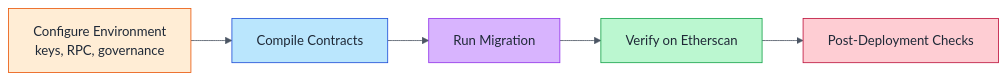
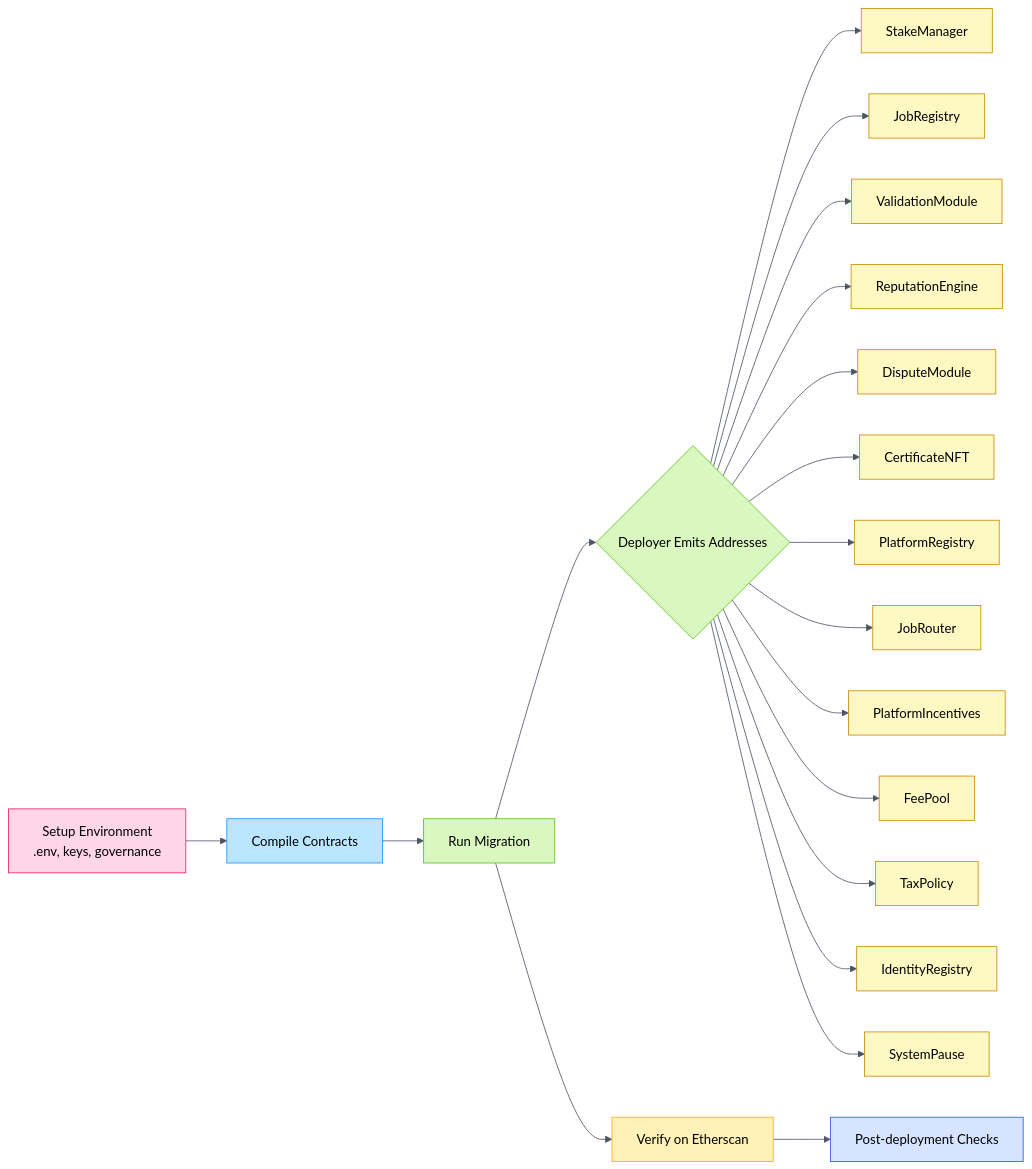
The diagram in docs/deploying-agijobs-v2-mainnet-cli-guide.md (MontrealAI/AGIJobsv0), drawn with Mermaid before and after one commit.

Commit message:
docs: add truffle mainnet deploy guide

````diff
--- a/docs/deploying-agijobs-v2-mainnet-cli-guide.md
+++ b/docs/deploying-agijobs-v2-mainnet-cli-guide.md
@@ -9,14 +9,29 @@
 ```mermaid
-%%{init: {'theme':'base', 'themeVariables': { 'primaryColor': '#ffedd5', 'secondaryColor': '#bae6fd', 'tertiaryColor': '#d8b4fe', 'fontSize': '16px', 'textColor': '#1f2937', 'lineColor': '#4b5563'}}}%%
-flowchart LR
-    A[Configure Environment\nkeys, RPC, governance]:::prep --> B[Compile Contracts]:::compile
+%%{init: {'theme':'base', 'themeVariables': { 'fontSize': '16px', 'lineColor': '#4b5563', 'textColor': '#111827'}}}%%
+graph LR
+    A[Setup Environment\n.env, keys, governance]:::prep --> B[Compile Contracts]:::compile
     B --> C[Run Migration]:::deploy
-    C --> D[Verify on Etherscan]:::verify
-    D --> E[Post-Deployment Checks]:::post
+    C --> D{Deployer Emits Addresses}:::deploy
+    D --> SM[StakeManager]:::module
+    D --> JR[JobRegistry]:::module
+    D --> VM[ValidationModule]:::module
+    D --> RE[ReputationEngine]:::module
+    D --> DM[DisputeModule]:::module
+    D --> CNFT[CertificateNFT]:::module
+    D --> PR[PlatformRegistry]:::module
+    D --> JRt[JobRouter]:::module
+    D --> PI[PlatformIncentives]:::module
+    D --> FP[FeePool]:::module
+    D --> TP[TaxPolicy]:::module
+    D --> IR[IdentityRegistry]:::module
+    D --> SP[SystemPause]:::module
+    C --> V[Verify on Etherscan]:::verify
+    V --> E[Post-deployment Checks]:::post
 
-    classDef prep fill:#ffedd5,stroke:#ea580c,color:#1f2937;
-    classDef compile fill:#bae6fd,stroke:#1d4ed8,color:#1f2937;
-    classDef deploy fill:#d8b4fe,stroke:#9333ea,color:#1f2937;
-    classDef verify fill:#bbf7d0,stroke:#16a34a,color:#1f2937;
-    classDef post fill:#fecdd3,stroke:#be123c,color:#1f2937;
+    classDef prep fill:#ffd6e7,stroke:#e91e63,color:#000;
+    classDef compile fill:#bae7ff,stroke:#1890ff,color:#000;
+    classDef deploy fill:#d9f7be,stroke:#52c41a,color:#000;
+    classDef module fill:#fef9c3,stroke:#ca8a04,color:#000;
+    classDef verify fill:#fff1b8,stroke:#faad14,color:#000;
+    classDef post fill:#d6e4ff,stroke:#2f54eb,color:#000;
 ```
````
